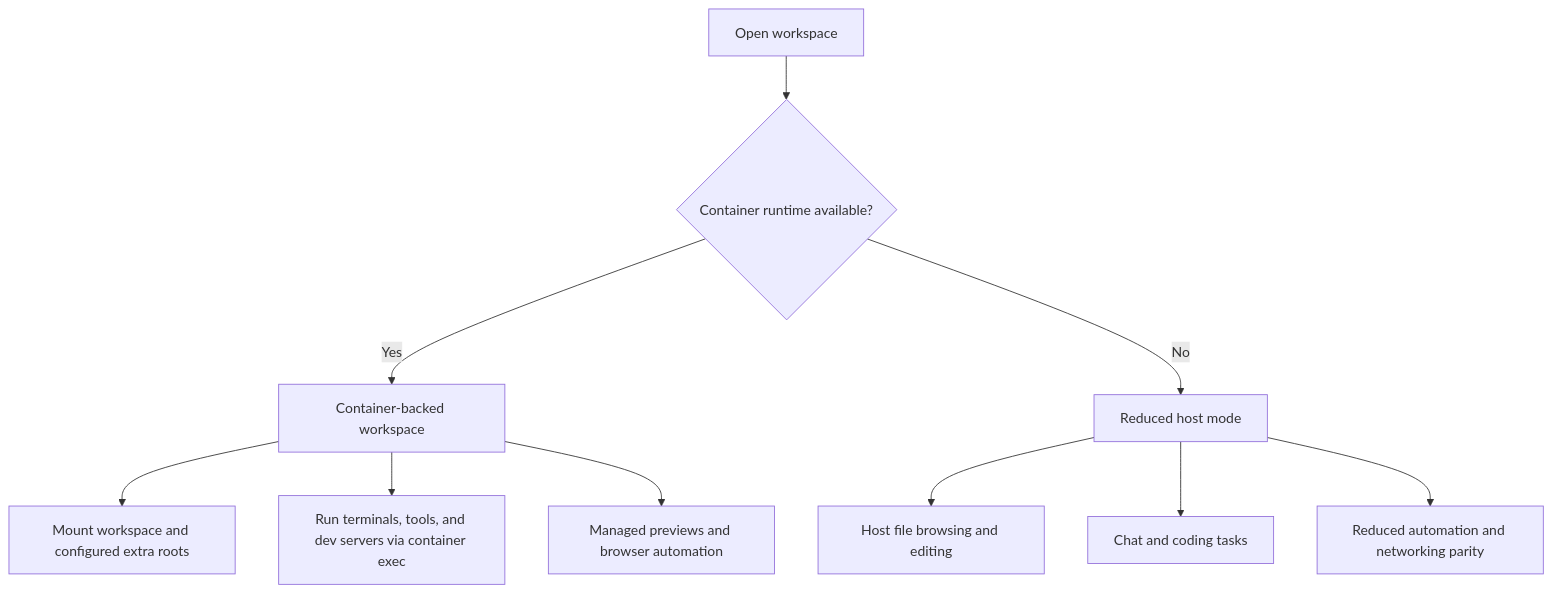
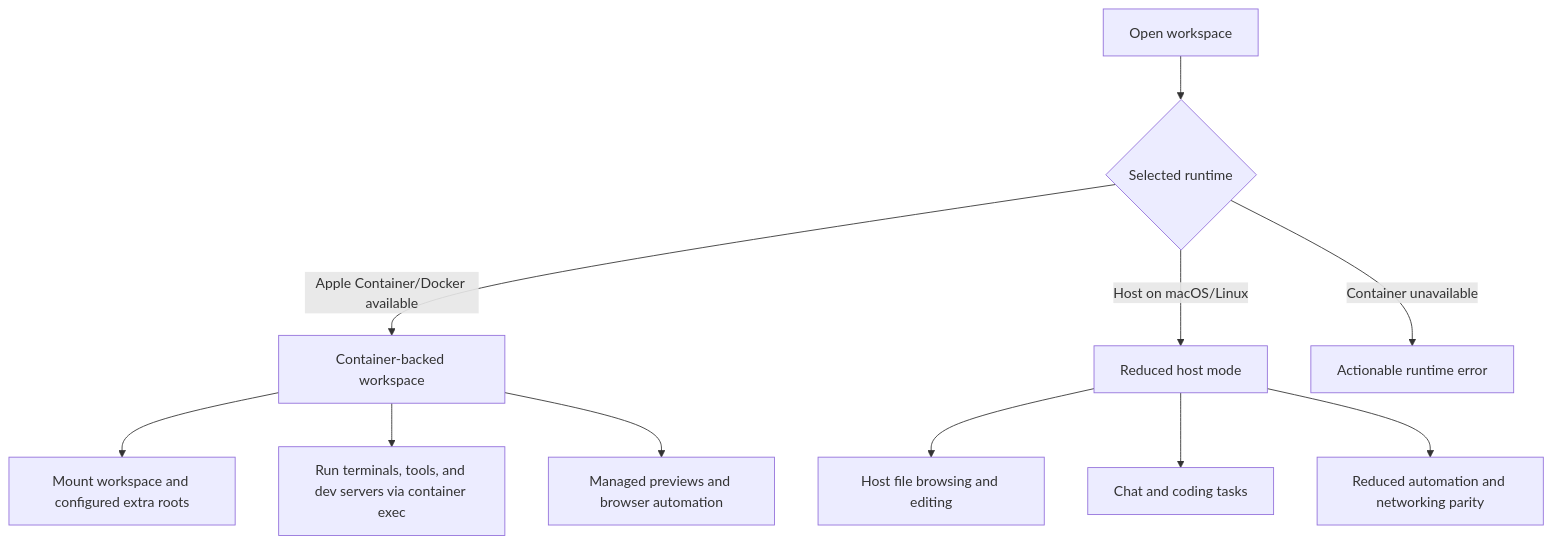
One commit to sero-labs/sero changed the second of 2 diagrams in apps/docs-site/docs/reference/architecture.md. Above: the diagram before and after it, drawn with Mermaid. The commit also changed other lines of this file and 271 other files, not shown here.

````diff
--- a/apps/docs-site/docs/reference/architecture.md
+++ b/apps/docs-site/docs/reference/architecture.md
@@ -90,14 +91,15 @@
 ```mermaid
 flowchart TD
-  Open[Open workspace] --> Check{Container runtime available?}
-  Check -->|Yes| Container[Container-backed workspace]
-  Check -->|No| Host[Reduced host mode]
+  Open[Open workspace] --> Pick{Selected runtime}
+  Pick -->|Apple Container/Docker available| Container[Container-backed workspace]
+  Pick -->|Host on macOS/Linux| Host[Reduced host mode]
+  Pick -->|Container unavailable| Error[Actionable runtime error]
 
   Container --> Mounts[Mount workspace and configured extra roots]
   Container --> Exec["Run terminals, tools, and dev servers via container exec"]
   Container --> Preview[Managed previews and browser automation]
 
   Host --> HostFiles[Host file browsing and editing]
   Host --> HostChat[Chat and coding tasks]
   Host --> Limits[Reduced automation and networking parity]
 ```
````
